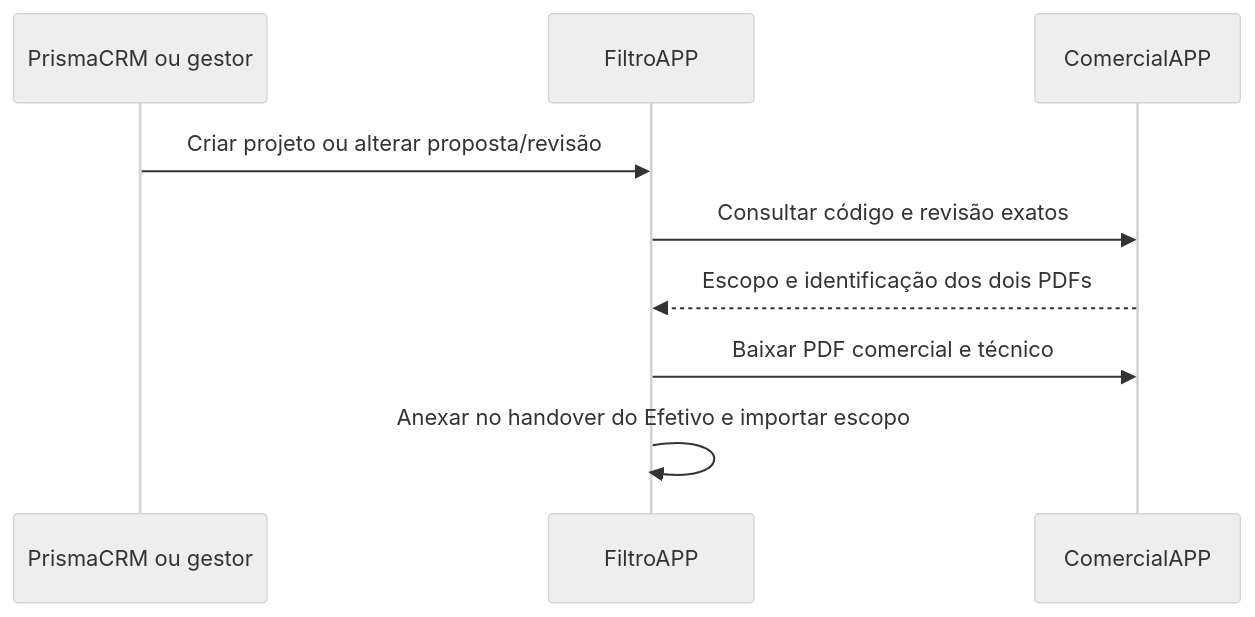
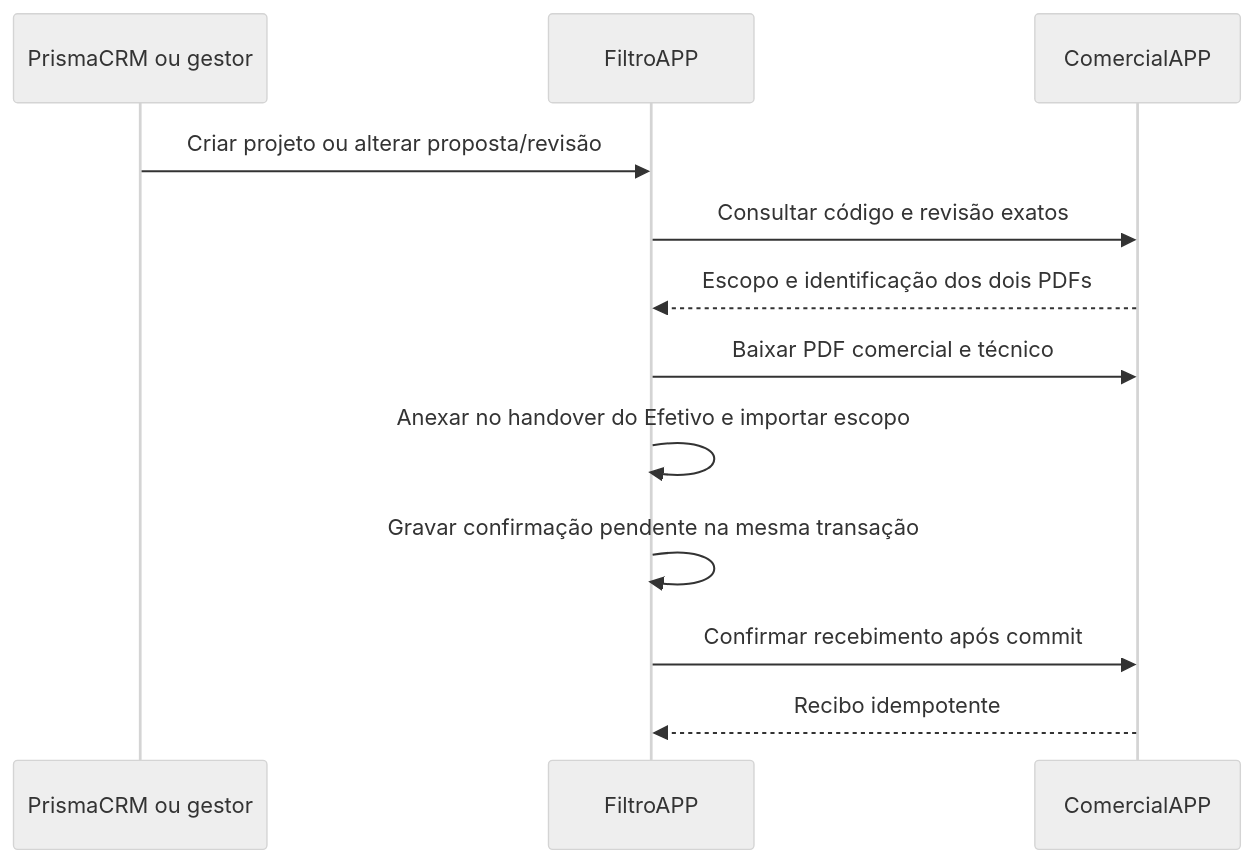
Before and after one commit to pedro-pn/filtroAPP: the diagram in docs/comercialapp-bridge.md, drawn with Mermaid (neutral theme). The commit also changed other lines of this file and 15 other files, not shown here.

````diff
--- a/docs/comercialapp-bridge.md
+++ b/docs/comercialapp-bridge.md
@@ -12,11 +12,14 @@
 ```mermaid
 sequenceDiagram
     participant Origem as PrismaCRM ou gestor
     participant Filtro as FiltroAPP
     participant Comercial as ComercialAPP
     Origem->>Filtro: Criar projeto ou alterar proposta/revisão
     Filtro->>Comercial: Consultar código e revisão exatos
     Comercial-->>Filtro: Escopo e identificação dos dois PDFs
     Filtro->>Comercial: Baixar PDF comercial e técnico
     Filtro->>Filtro: Anexar no handover do Efetivo e importar escopo
+    Filtro->>Filtro: Gravar confirmação pendente na mesma transação
+    Filtro->>Comercial: Confirmar recebimento após commit
+    Comercial-->>Filtro: Recibo idempotente
 ```
````
